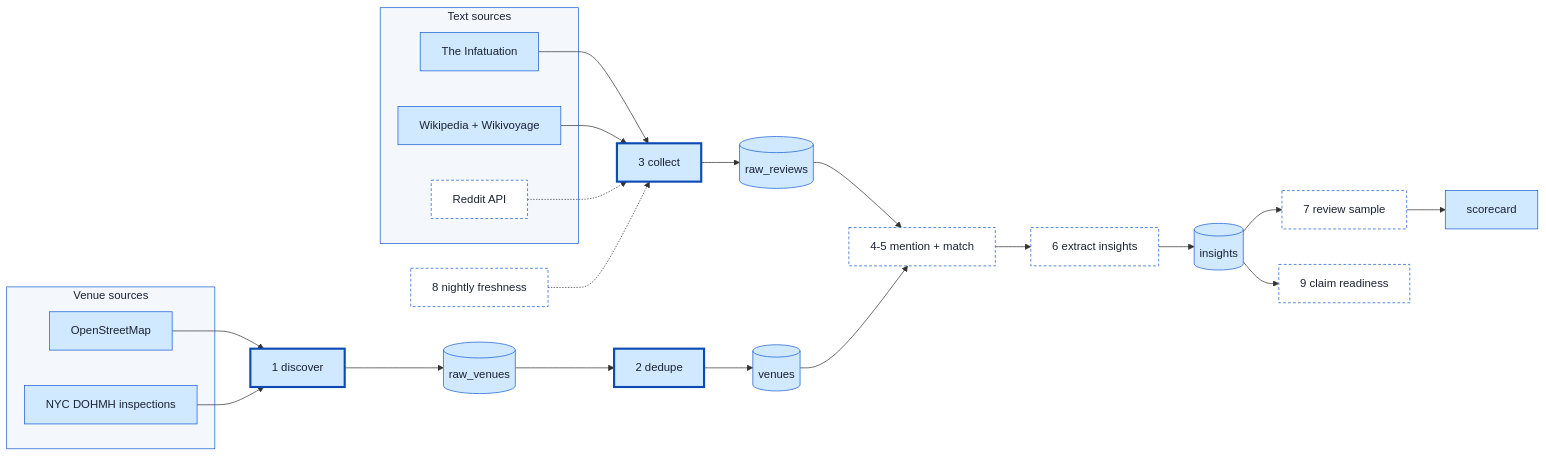
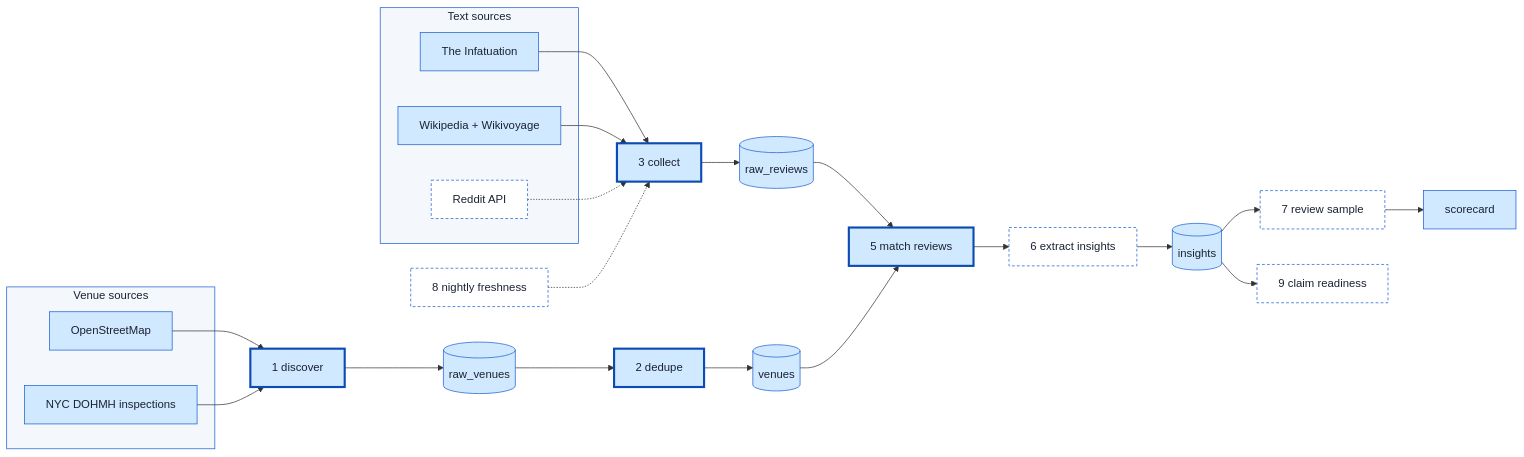
Before and after one commit to selwyntarr/reviews-scraping-pipeline: the diagram in PIPELINE.md, drawn with Mermaid. The commit also changed other lines of this file and 3 other files, not shown here.

Commit message:
feat(match): link raw_reviews to venues with the dedupe scorer

````diff
--- a/PIPELINE.md
+++ b/PIPELINE.md
@@ -12,38 +12,38 @@
 ```mermaid
 flowchart LR
   classDef n fill:#d1e9ff,stroke:#175cd3,color:#1a2233
   classDef done fill:#d1e9ff,stroke:#0b4bb3,stroke-width:3px,color:#1a2233
   classDef todo fill:#ffffff,stroke:#175cd3,stroke-dasharray:4 3,color:#1a2233
 
   subgraph S1[Venue sources]
     OSM[OpenStreetMap]:::n
     DOH[NYC DOHMH inspections]:::n
   end
   subgraph S2[Text sources]
     INF[The Infatuation]:::n
     WP[Wikipedia + Wikivoyage]:::n
     RD[Reddit API]:::todo
   end
 
   OSM --> D1[1 discover]:::done
   DOH --> D1
   D1 --> RV[(raw_venues)]:::n
   RV --> D2[2 dedupe]:::done
   D2 --> V[(venues)]:::n
 
   INF --> D3[3 collect]:::done
   WP --> D3
   RD -.-> D3
   D3 --> RR[(raw_reviews)]:::n
 
-  RR --> D4[4-5 mention + match]:::todo
+  RR --> D4[5 match reviews]:::done
   V --> D4
   D4 --> D6[6 extract insights]:::todo
   D6 --> I[(insights)]:::n
   I --> D7[7 review sample]:::todo
   D7 --> SC[scorecard]:::n
   I --> D9[9 claim readiness]:::todo
   D8[8 nightly freshness]:::todo -.-> D3
   style S1 fill:#f4f8fc,stroke:#175cd3,color:#1a2233
   style S2 fill:#f4f8fc,stroke:#175cd3,color:#1a2233
 ```
````
